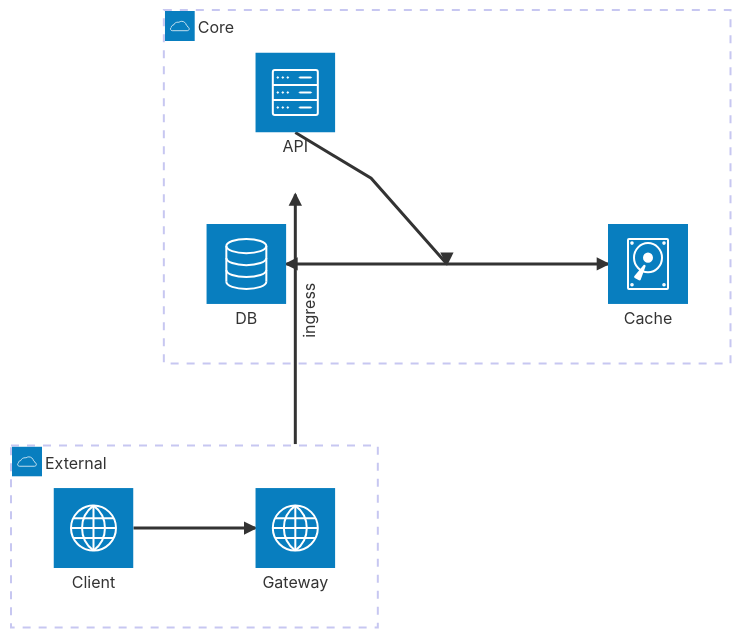
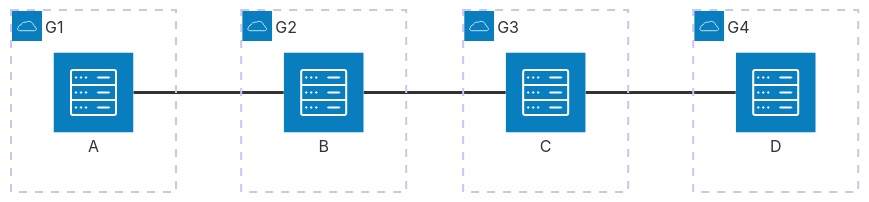
One commit to Latias94/merman changed the first of 4 diagrams in README.md. Above: the diagram before and after it, drawn with Mermaid. The commit also changed other lines of this file and 1 other file, not shown here.

````diff
--- a/README.md
+++ b/README.md
@@ -180,23 +188,18 @@
 ```mermaid
 architecture-beta
-%% Authored stress fixture (Mermaid@11.12.2): junction fanout + group boundary traversal.
+%% Authored stress fixture (Mermaid@11.12.2): many groups with sparse services (group rect bounds).
 
-group core(cloud)[Core]
-group ext(cloud)[External]
+group g1(cloud)[G1]
+group g2(cloud)[G2]
+group g3(cloud)[G3]
+group g4(cloud)[G4]
 
-service api(server)[API] in core
-service db(database)[DB] in core
-service cache(disk)[Cache] in core
+service a(server)[A] in g1
+service b(server)[B] in g2
+service c(server)[C] in g3
+service d(server)[D] in g4
 
-service gw(internet)[Gateway] in ext
-service client(internet)[Client] in ext
-
-junction hub in core
-
-api:B --> T:hub
-hub:L --> R:db
-hub:R --> L:cache
-
-client:R --> L:gw
-gw{group}:T -[ingress]-> B:api{group}
+a:R -- L:b
+b:R -- L:c
+c:R -- L:d
 ```
````
